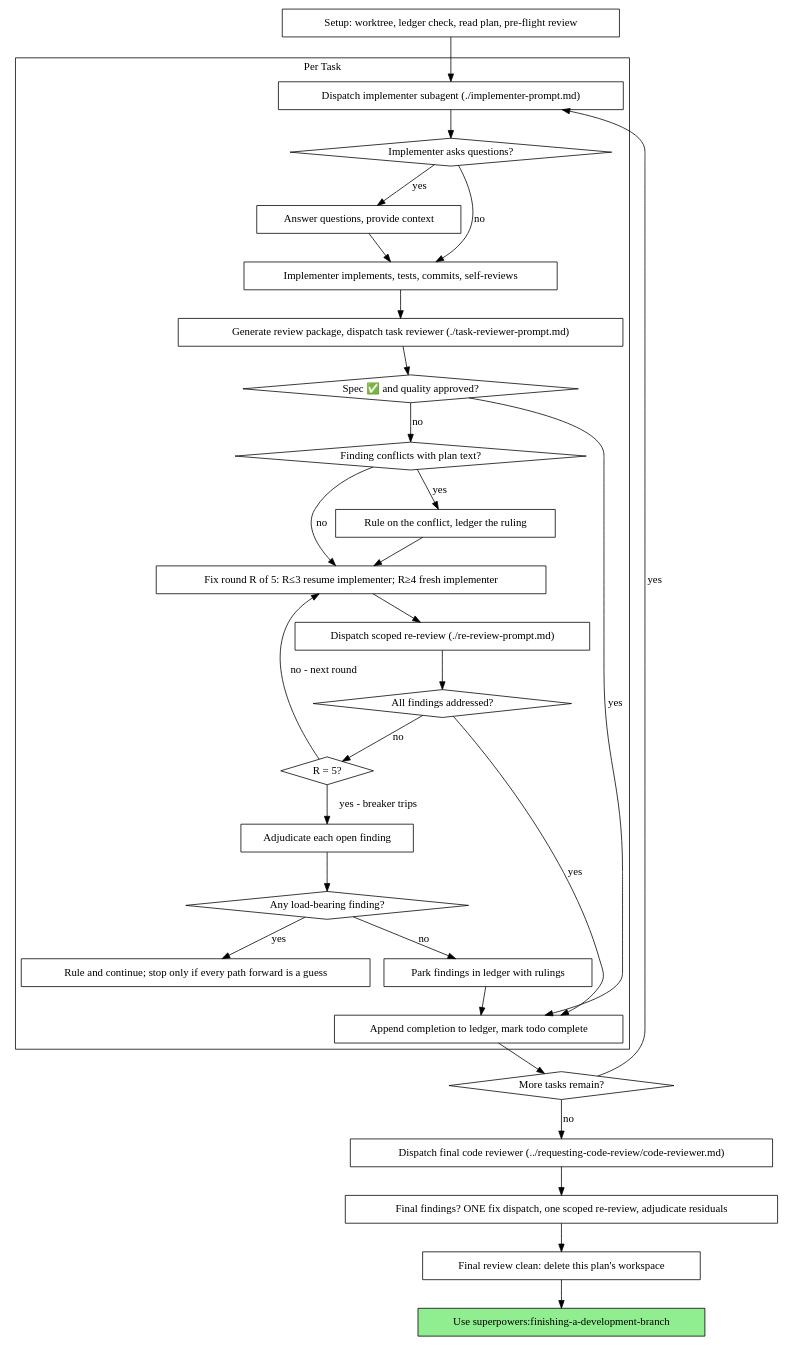
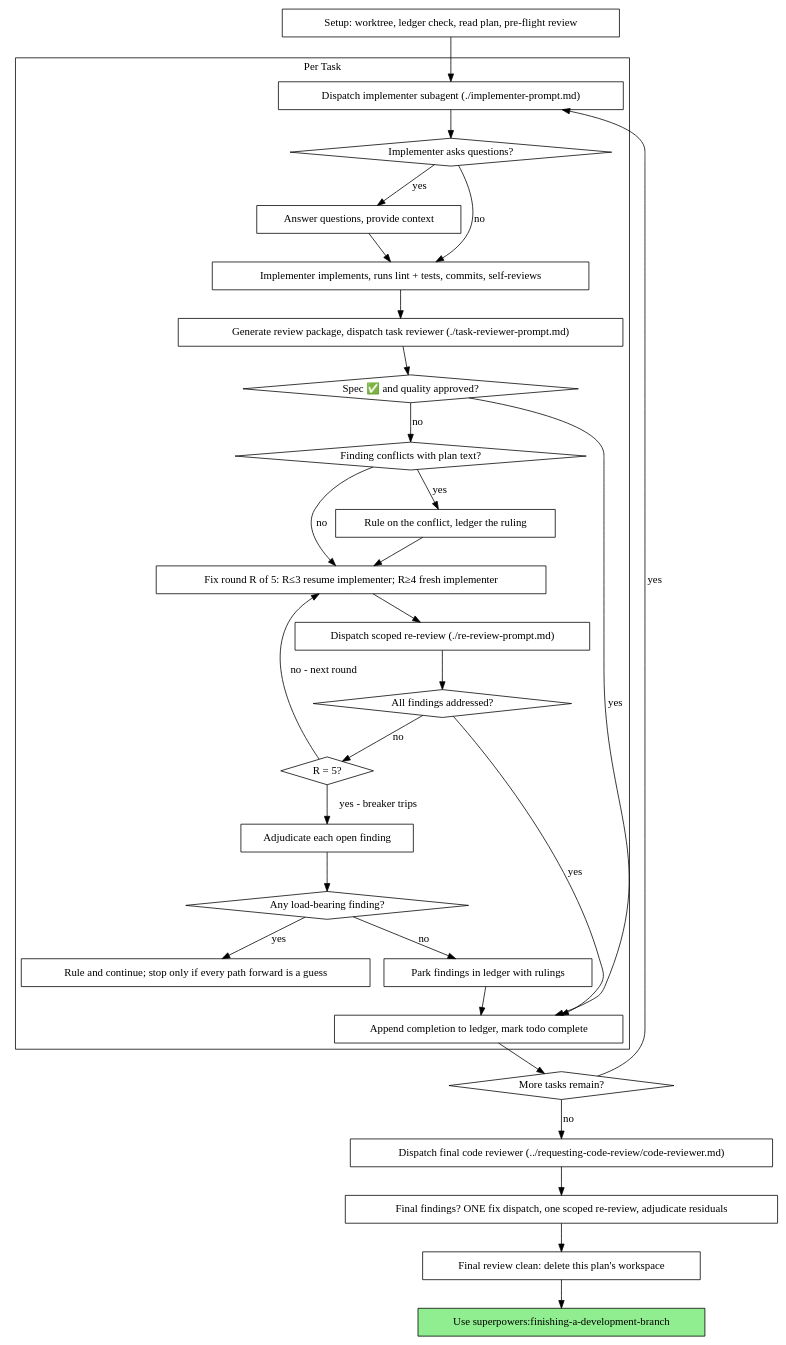
One commit to itsjustnoam-spec/claudeskillstest changed the second of 2 diagrams in skills/subagent-driven-development/SKILL.md. Above: the diagram before and after it, drawn with Graphviz. The commit also changed other lines of this file and 3 other files, not shown here.

Commit message:
feat: intermediate tasks verify lint and tests while final task adds new tests

````diff
--- a/skills/subagent-driven-development/SKILL.md
+++ b/skills/subagent-driven-development/SKILL.md
@@ -61,62 +61,62 @@
 ```dot
 digraph process {
     rankdir=TB;
 
     subgraph cluster_per_task {
         label="Per Task";
         "Dispatch implementer subagent (./implementer-prompt.md)" [shape=box];
         "Implementer asks questions?" [shape=diamond];
         "Answer questions, provide context" [shape=box];
-        "Implementer implements, tests, commits, self-reviews" [shape=box];
+        "Implementer implements, runs lint + tests, commits, self-reviews" [shape=box];
         "Generate review package, dispatch task reviewer (./task-reviewer-prompt.md)" [shape=box];
         "Spec ✅ and quality approved?" [shape=diamond];
         "Finding conflicts with plan text?" [shape=diamond];
         "Rule on the conflict, ledger the ruling" [shape=box];
         "Fix round R of 5: R≤3 resume implementer; R≥4 fresh implementer" [shape=box];
         "Dispatch scoped re-review (./re-review-prompt.md)" [shape=box];
         "All findings addressed?" [shape=diamond];
         "R = 5?" [shape=diamond];
         "Adjudicate each open finding" [shape=box];
         "Any load-bearing finding?" [shape=diamond];
         "Rule and continue; stop only if every path forward is a guess" [shape=box];
         "Park findings in ledger with rulings" [shape=box];
         "Append completion to ledger, mark todo complete" [shape=box];
     }
 
     "Setup: worktree, ledger check, read plan, pre-flight review" [shape=box];
     "More tasks remain?" [shape=diamond];
     "Dispatch final code reviewer (../requesting-code-review/code-reviewer.md)" [shape=box];
     "Final findings? ONE fix dispatch, one scoped re-review, adjudicate residuals" [shape=box];
     "Final review clean: delete this plan's workspace" [shape=box];
     "Use superpowers:finishing-a-development-branch" [shape=box style=filled fillcolor=lightgreen];
 
     "Setup: worktree, ledger check, read plan, pre-flight review" -> "Dispatch implementer subagent (./implementer-prompt.md)";
     "Dispatch implementer subagent (./implementer-prompt.md)" -> "Implementer asks questions?";
     "Implementer asks questions?" -> "Answer questions, provide context" [label="yes"];
-    "Answer questions, provide context" -> "Implementer implements, tests, commits, self-reviews";
-    "Implementer asks questions?" -> "Implementer implements, tests, commits, self-reviews" [label="no"];
-    "Implementer implements, tests, commits, self-reviews" -> "Generate review package, dispatch task reviewer (./task-reviewer-prompt.md)";
+    "Answer questions, provide context" -> "Implementer implements, runs lint + tests, commits, self-reviews";
+    "Implementer asks questions?" -> "Implementer implements, runs lint + tests, commits, self-reviews" [label="no"];
+    "Implementer implements, runs lint + tests, commits, self-reviews" -> "Generate review package, dispatch task reviewer (./task-reviewer-prompt.md)";
     "Generate review package, dispatch task reviewer (./task-reviewer-prompt.md)" -> "Spec ✅ and quality approved?";
     "Spec ✅ and quality approved?" -> "Append completion to ledger, mark todo complete" [label="yes"];
     "Spec ✅ and quality approved?" -> "Finding conflicts with plan text?" [label="no"];
     "Finding conflicts with plan text?" -> "Rule on the conflict, ledger the ruling" [label="yes"];
     "Rule on the conflict, ledger the ruling" -> "Fix round R of 5: R≤3 resume implementer; R≥4 fresh implementer";
     "Finding conflicts with plan text?" -> "Fix round R of 5: R≤3 resume implementer; R≥4 fresh implementer" [label="no"];
     "Fix round R of 5: R≤3 resume implementer; R≥4 fresh implementer" -> "Dispatch scoped re-review (./re-review-prompt.md)";
     "Dispatch scoped re-review (./re-review-prompt.md)" -> "All findings addressed?";
     "All findings addressed?" -> "Append completion to ledger, mark todo complete" [label="yes"];
     "All findings addressed?" -> "R = 5?" [label="no"];
     "R = 5?" -> "Fix round R of 5: R≤3 resume implementer; R≥4 fresh implementer" [label="no - next round"];
     "R = 5?" -> "Adjudicate each open finding" [label="yes - breaker trips"];
     "Adjudicate each open finding" -> "Any load-bearing finding?";
     "Any load-bearing finding?" -> "Rule and continue; stop only if every path forward is a guess" [label="yes"];
     "Any load-bearing finding?" -> "Park findings in ledger with rulings" [label="no"];
     "Park findings in ledger with rulings" -> "Append completion to ledger, mark todo complete";
     "Append completion to ledger, mark todo complete" -> "More tasks remain?";
     "More tasks remain?" -> "Dispatch implementer subagent (./implementer-prompt.md)" [label="yes"];
     "More tasks remain?" -> "Dispatch final code reviewer (../requesting-code-review/code-reviewer.md)" [label="no"];
     "Dispatch final code reviewer (../requesting-code-review/code-reviewer.md)" -> "Final findings? ONE fix dispatch, one scoped re-review, adjudicate residuals";
     "Final findings? ONE fix dispatch, one scoped re-review, adjudicate residuals" -> "Final review clean: delete this plan's workspace";
     "Final review clean: delete this plan's workspace" -> "Use superpowers:finishing-a-development-branch";
 }
 ```
````
